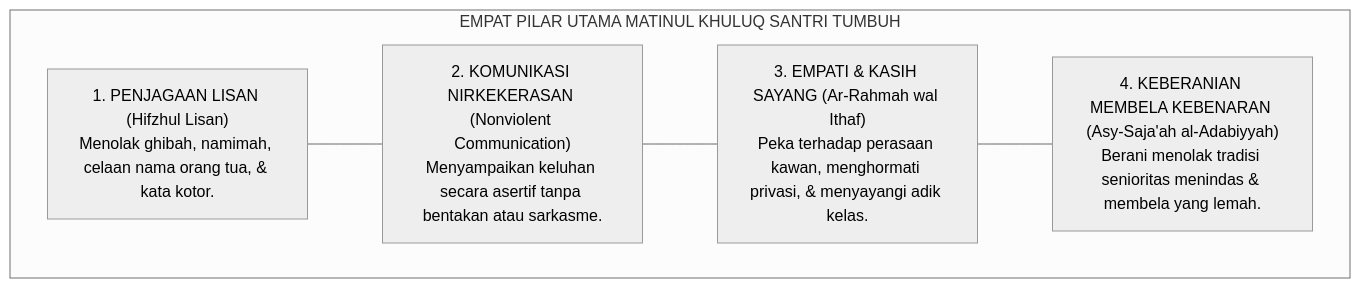
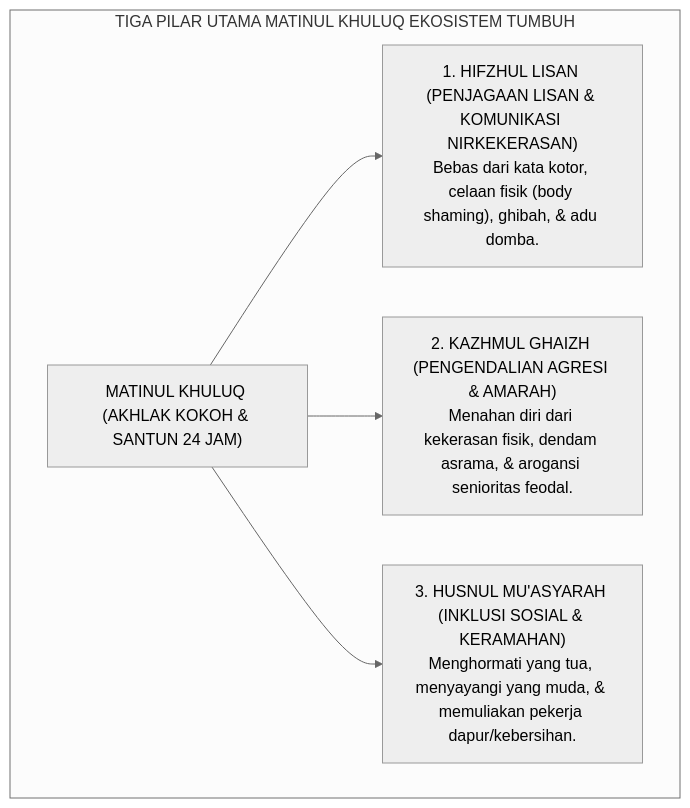
Before and after one commit to wandiapriliyandi/tumbuh: the first of 2 diagrams in BOOK-SERIES/Volume-02/Bab-02-Profil-10-Muwashafat-Karakter-Santri/03-Matinul-Khuluq.md, drawn with Mermaid (neutral theme). The commit also changed other lines of this file and 18 other files, not shown here.

````diff
--- a/BOOK-SERIES/Volume-02/Bab-02-Profil-10-Muwashafat-Karakter-Santri/03-Matinul-Khuluq.md
+++ b/BOOK-SERIES/Volume-02/Bab-02-Profil-10-Muwashafat-Karakter-Santri/03-Matinul-Khuluq.md
@@ -19,14 +21,12 @@
 ```mermaid
 graph TD
-    subgraph PilarAkhlak["EMPAT PILAR UTAMA MATINUL KHULUQ SANTRI TUMBUH"]
-        A1["1. PENJAGAAN LISAN (Hifzhul Lisan)<br/>Menolak ghibah, namimah, celaan nama orang tua, & kata kotor."]
+    subgraph PilarAkhlakKokoh["TIGA PILAR UTAMA MATINUL KHULUQ EKOSISTEM TUMBUH"]
+        PorosAkhlak["MATINUL KHULUQ (AKHLAK KOKOH & SANTUN 24 JAM)"]
         
-        A2["2. KOMUNIKASI NIRKEKERASAN (Nonviolent Communication)<br/>Menyampaikan keluhan secara asertif tanpa bentakan atau sarkasme."]
+        PorosAkhlak --> P1["1. HIFZHUL LISAN (PENJAGAAN LISAN & KOMUNIKASI NIRKEKERASAN)<br/>Bebas dari kata kotor, celaan fisik (body shaming), ghibah, & adu domba."]
         
-        A3["3. EMPATI & KASIH SAYANG (Ar-Rahmah wal Ithaf)<br/>Peka terhadap perasaan kawan, menghormati privasi, & menyayangi adik kelas."]
+        PorosAkhlak --> P2["2. KAZHMUL GHAIZH (PENGENDALIAN AGRESI & AMARAH)<br/>Menahan diri dari kekerasan fisik, dendam asrama, & arogansi senioritas feodal."]
         
-        A4["4. KEBERANIAN MEMBELA KEBENARAN (Asy-Saja'ah al-Adabiyyah)<br/>Berani menolak tradisi senioritas menindas & membela yang lemah."]
-        
-        A1 --- A2 --- A3 --- A4
+        PorosAkhlak --> P3["3. HUSNUL MU'ASYARAH (INKLUSI SOSIAL & KERAMAHAN)<br/>Menghormati yang tua, menyayangi yang muda, & memuliakan pekerja dapur/kebersihan."]
     end
 ```
````
